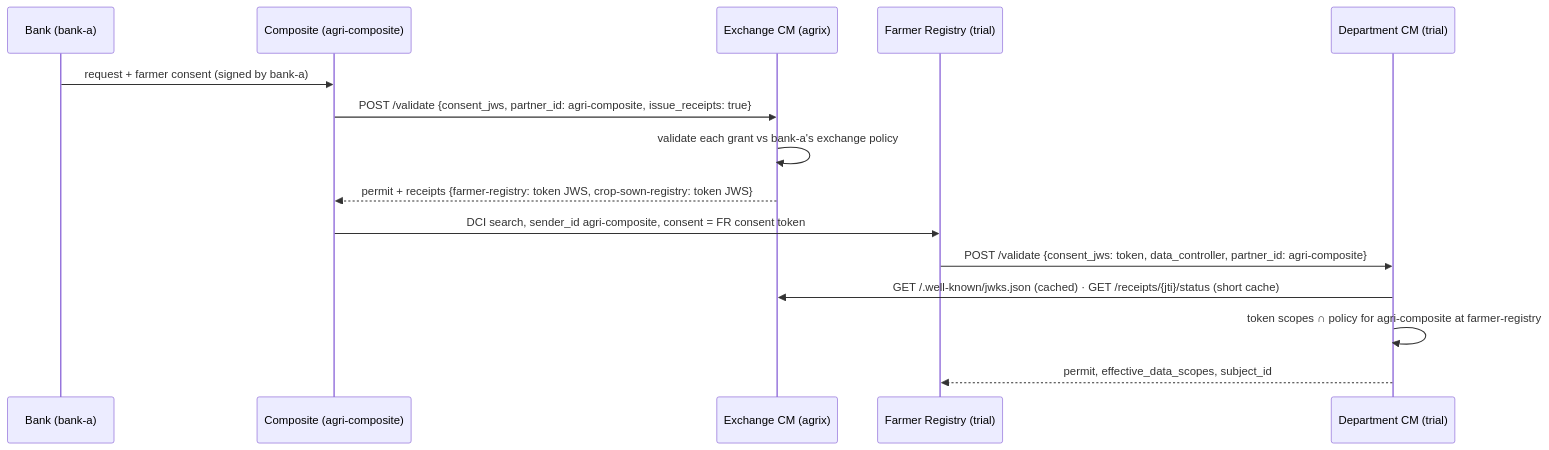
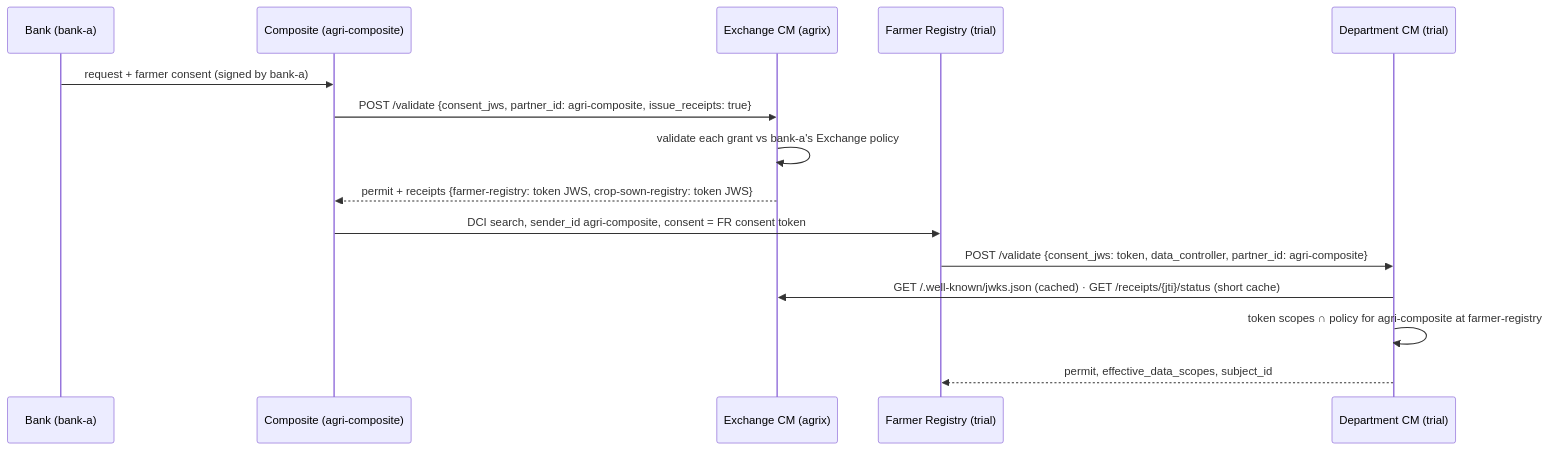
The diagram in consent-management/design/exchange-receipts.md (OpenG2P/openg2p-documentation), drawn with Mermaid before and after one commit. The commit also changed other lines of this file and 48 other files, not shown here.

````diff
--- a/consent-management/design/exchange-receipts.md
+++ b/consent-management/design/exchange-receipts.md
@@ -34,17 +34,17 @@
 ```mermaid
 sequenceDiagram
     participant B as Bank (bank-a)
     participant C as Composite (agri-composite)
     participant X as Exchange CM (agrix)
     participant R as Farmer Registry (trial)
     participant D as Department CM (trial)
     B->>C: request + farmer consent (signed by bank-a)
     C->>X: POST /validate {consent_jws, partner_id: agri-composite, issue_receipts: true}
-    X->>X: validate each grant vs bank-a's exchange policy
+    X->>X: validate each grant vs bank-a's Exchange policy
     X-->>C: permit + receipts {farmer-registry: token JWS, crop-sown-registry: token JWS}
     C->>R: DCI search, sender_id agri-composite, consent = FR consent token
     R->>D: POST /validate {consent_jws: token, data_controller, partner_id: agri-composite}
     D->>X: GET /.well-known/jwks.json (cached) · GET /receipts/{jti}/status (short cache)
     D->>D: token scopes ∩ policy for agri-composite at farmer-registry
     D-->>R: permit, effective_data_scopes, subject_id
 ```
````
